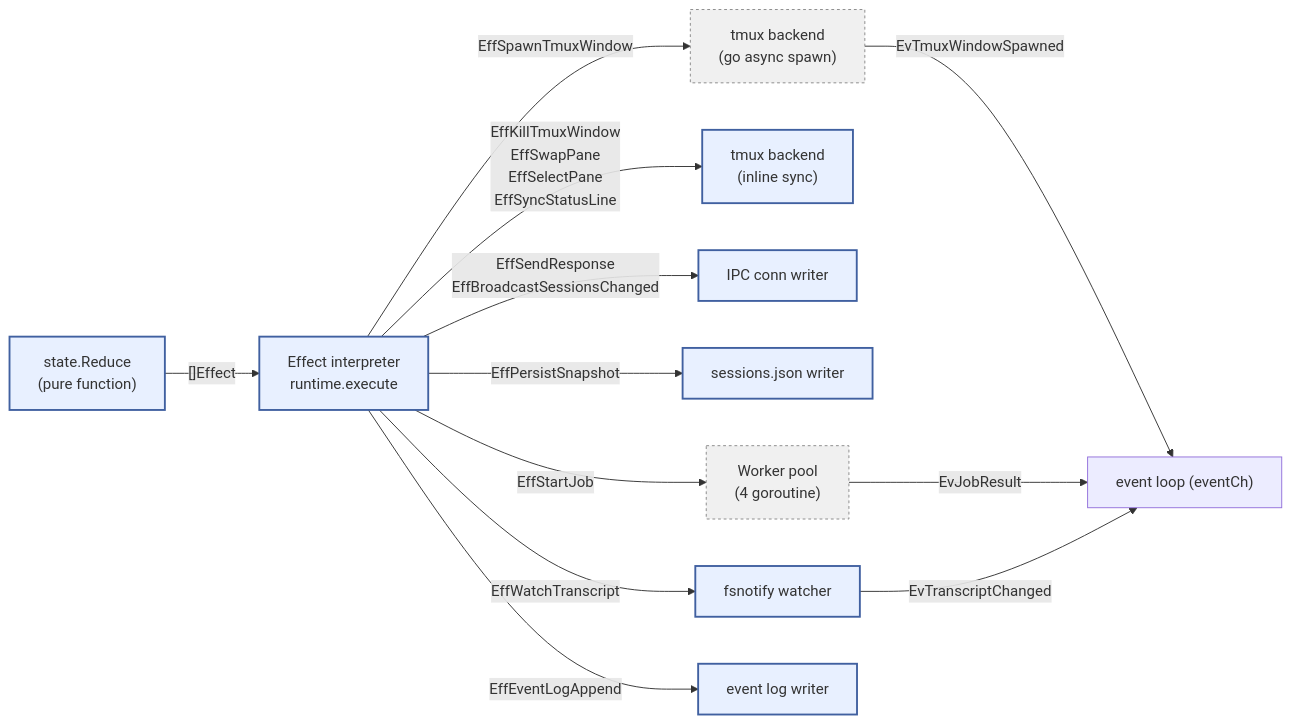
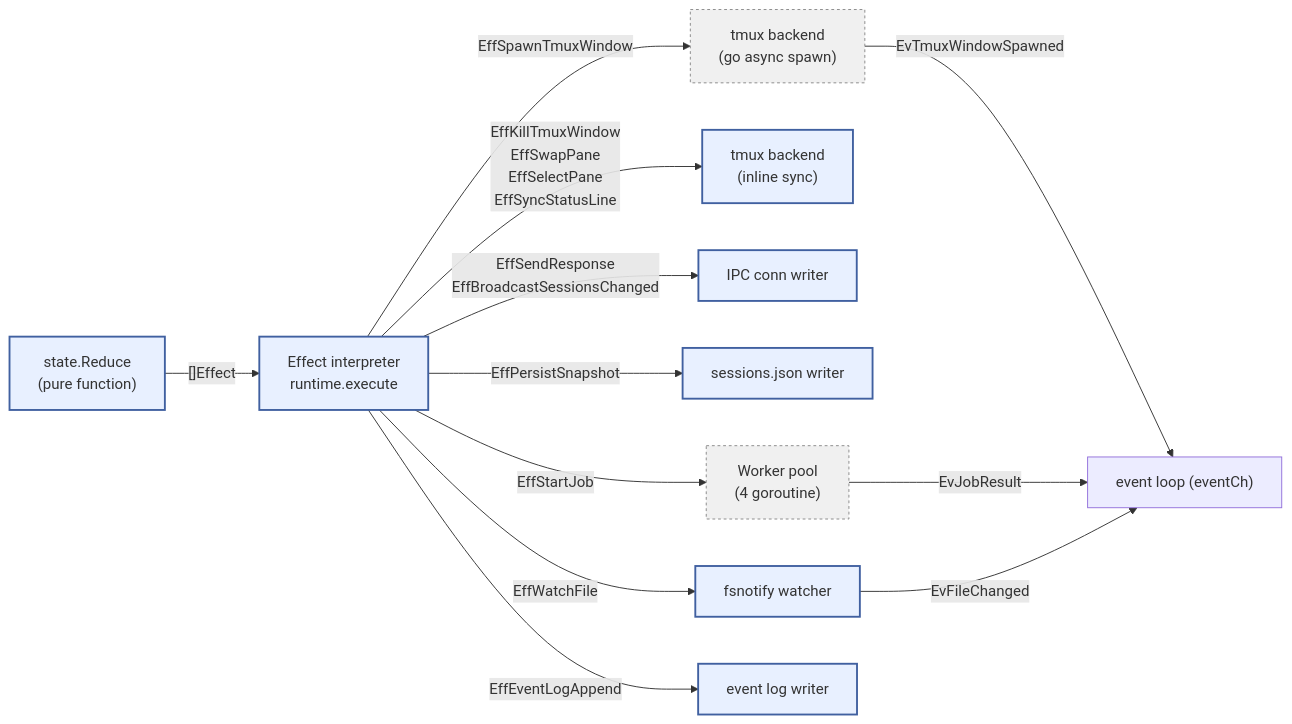
Before and after one commit to takezoh/agent-roost: the fourth of 12 diagrams in ARCHITECTURE.md, drawn with Mermaid. The commit also changed other lines of this file, not shown here.

First line of the commit message:
Update ARCHITECTURE.md for driver isolation refactoring

````diff
--- a/ARCHITECTURE.md
+++ b/ARCHITECTURE.md
@@ -467,22 +468,22 @@
 ```mermaid
 flowchart LR
     classDef sync fill:#e8f0ff,stroke:#4060a0,stroke-width:2px
     classDef async fill:#f0f0f0,stroke:#888,stroke-dasharray:3 3
 
     Reduce["state.Reduce<br/>(pure function)"]:::sync
     Interp["Effect interpreter<br/>runtime.execute"]:::sync
 
     Reduce -->|"[]Effect"| Interp
 
     Interp -->|EffSpawnTmuxWindow| Tmux["tmux backend<br/>(go async spawn)"]:::async
     Interp -->|EffKillTmuxWindow<br/>EffSwapPane<br/>EffSelectPane<br/>EffSyncStatusLine| TmuxSync["tmux backend<br/>(inline sync)"]:::sync
     Interp -->|EffSendResponse<br/>EffBroadcastSessionsChanged| IPC["IPC conn writer"]:::sync
     Interp -->|EffPersistSnapshot| Persist["sessions.json writer"]:::sync
     Interp -->|EffStartJob| Pool["Worker pool<br/>(4 goroutine)"]:::async
-    Interp -->|EffWatchTranscript| Watcher["fsnotify watcher"]:::sync
+    Interp -->|EffWatchFile| Watcher["fsnotify watcher"]:::sync
     Interp -->|EffEventLogAppend| EventLog["event log writer"]:::sync
 
     Tmux -->|EvTmuxWindowSpawned| EL["event loop (eventCh)"]
     Pool -->|EvJobResult| EL
-    Watcher -->|EvTranscriptChanged| EL
+    Watcher -->|EvFileChanged| EL
 ```
````
